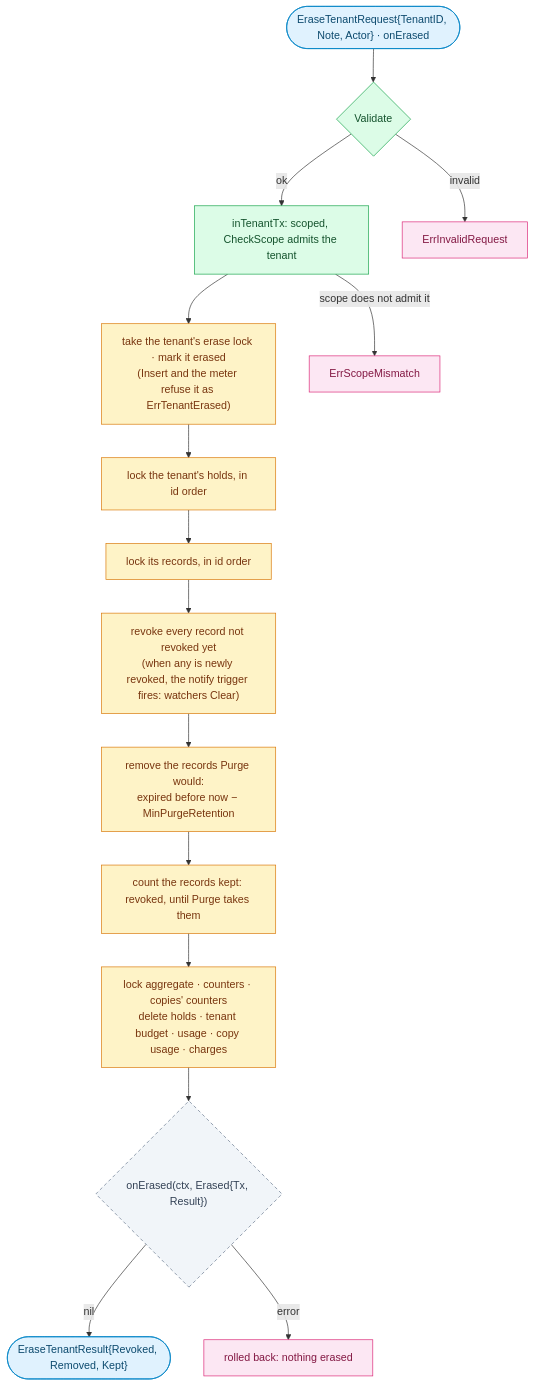
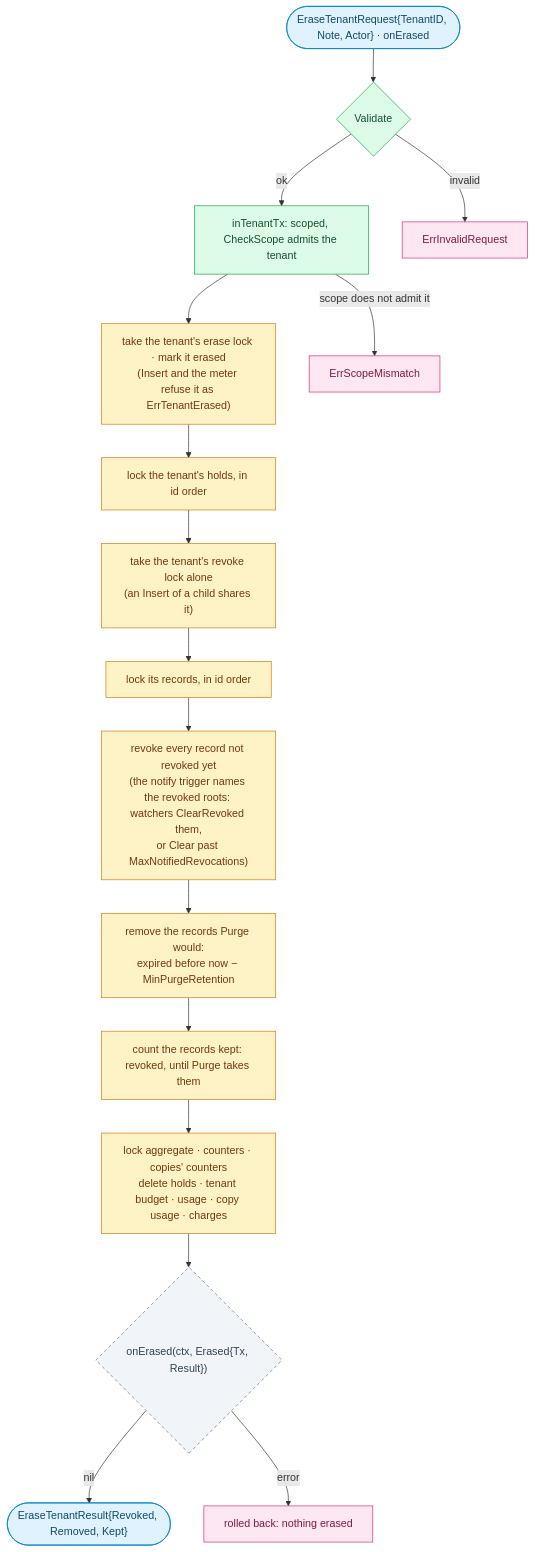
One commit to oleg-tkachuk/limes changed diagram 13 of 13 in docs/diagrams.md. Above: the diagram before and after it, drawn with Mermaid. The commit also changed other lines of this file, not shown here.

First line of the commit message:
docs(diagrams): match the diagrams to the code they draw

````diff
--- a/docs/diagrams.md
+++ b/docs/diagrams.md
@@ -1039,32 +1059,33 @@
 ```mermaid
 flowchart TB
     req(["EraseTenantRequest{TenantID, Note, Actor} · onErased"])
     val{"Validate"}
     tx["inTenantTx: scoped, CheckScope admits the tenant"]
     mark["take the tenant's erase lock · mark it erased<br/>(Insert and the meter refuse it as ErrTenantErased)"]
     holds["lock the tenant's holds, in id order"]
+    revlock["take the tenant's revoke lock alone<br/>(an Insert of a child shares it)"]
     recs["lock its records, in id order"]
-    revoke["revoke every record not revoked yet<br/>(when any is newly revoked, the notify trigger fires: watchers Clear)"]
+    revoke["revoke every record not revoked yet<br/>(the notify trigger names the revoked roots: watchers ClearRevoked them,<br/>or Clear past MaxNotifiedRevocations)"]
     remove["remove the records Purge would:<br/>expired before now − MinPurgeRetention"]
     kept["count the records kept: revoked, until Purge takes them"]
     usage["lock aggregate · counters · copies' counters<br/>delete holds · tenant budget · usage · copy usage · charges"]
     cb{"onErased(ctx, Erased{Tx, Result})"}
     ok(["EraseTenantResult{Revoked, Removed, Kept}"])
     back["rolled back: nothing erased"]
 
-    req --> val -- ok --> tx --> mark --> holds --> recs --> revoke --> remove --> kept --> usage --> cb -- nil --> ok
+    req --> val -- ok --> tx --> mark --> holds --> revlock --> recs --> revoke --> remove --> kept --> usage --> cb -- nil --> ok
     val -- invalid --> inval["ErrInvalidRequest"]
     tx -- "scope does not admit it" --> mismatch["ErrScopeMismatch"]
     cb -- error --> back
 
     classDef client fill:#E0F2FE,stroke:#0284C7,color:#0C4A6E
     classDef role fill:#DCFCE7,stroke:#16A34A,color:#14532D
     classDef optional fill:#F1F5F9,stroke:#64748B,color:#334155,stroke-dasharray:5 4
     classDef store fill:#FEF3C7,stroke:#D97706,color:#78350F
     classDef external fill:#FCE7F3,stroke:#DB2777,color:#831843
     class req,ok client
     class val,tx role
     class cb optional
-    class mark,holds,recs,revoke,remove,kept,usage store
+    class mark,holds,revlock,recs,revoke,remove,kept,usage store
     class inval,mismatch,back external
 ```
````
